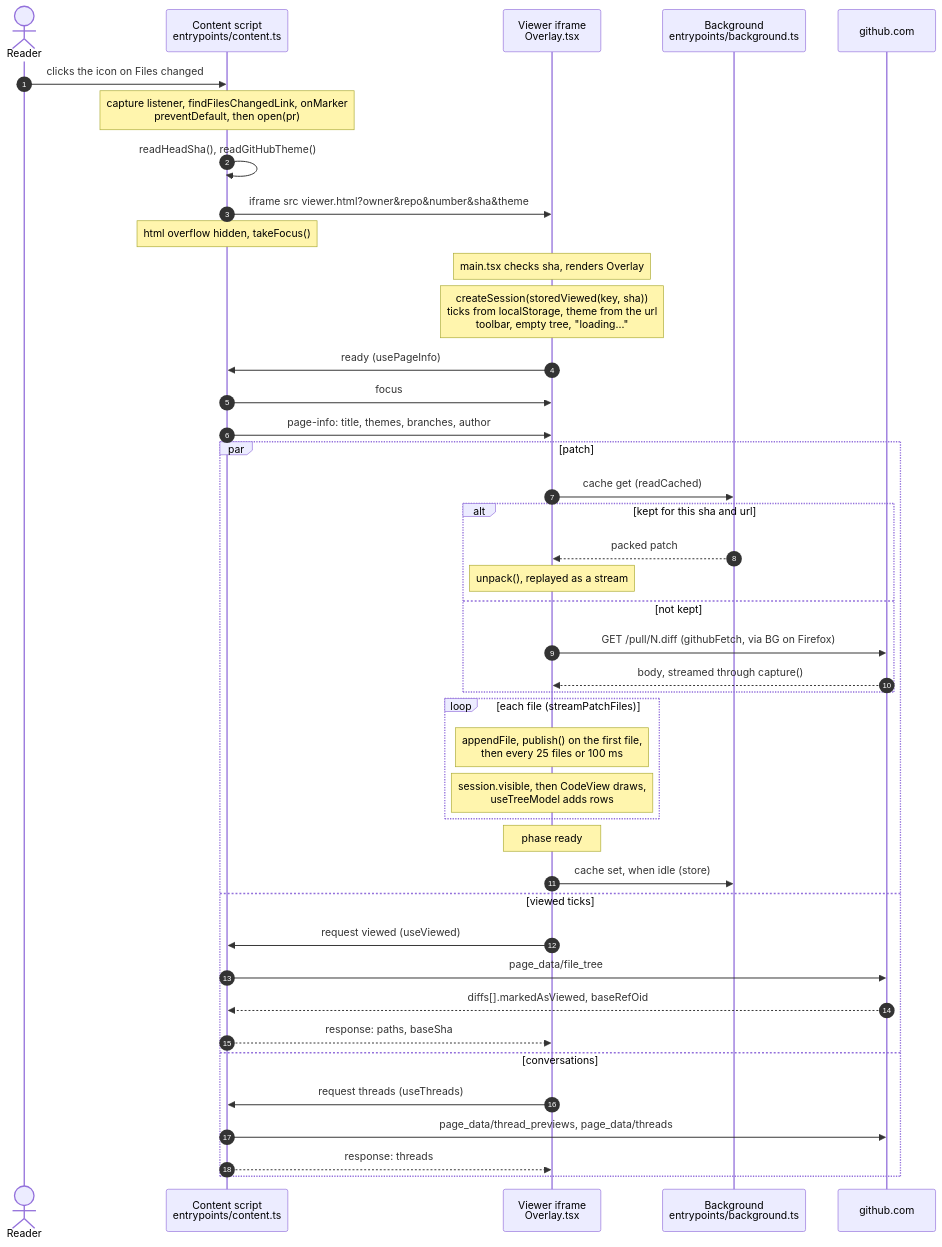
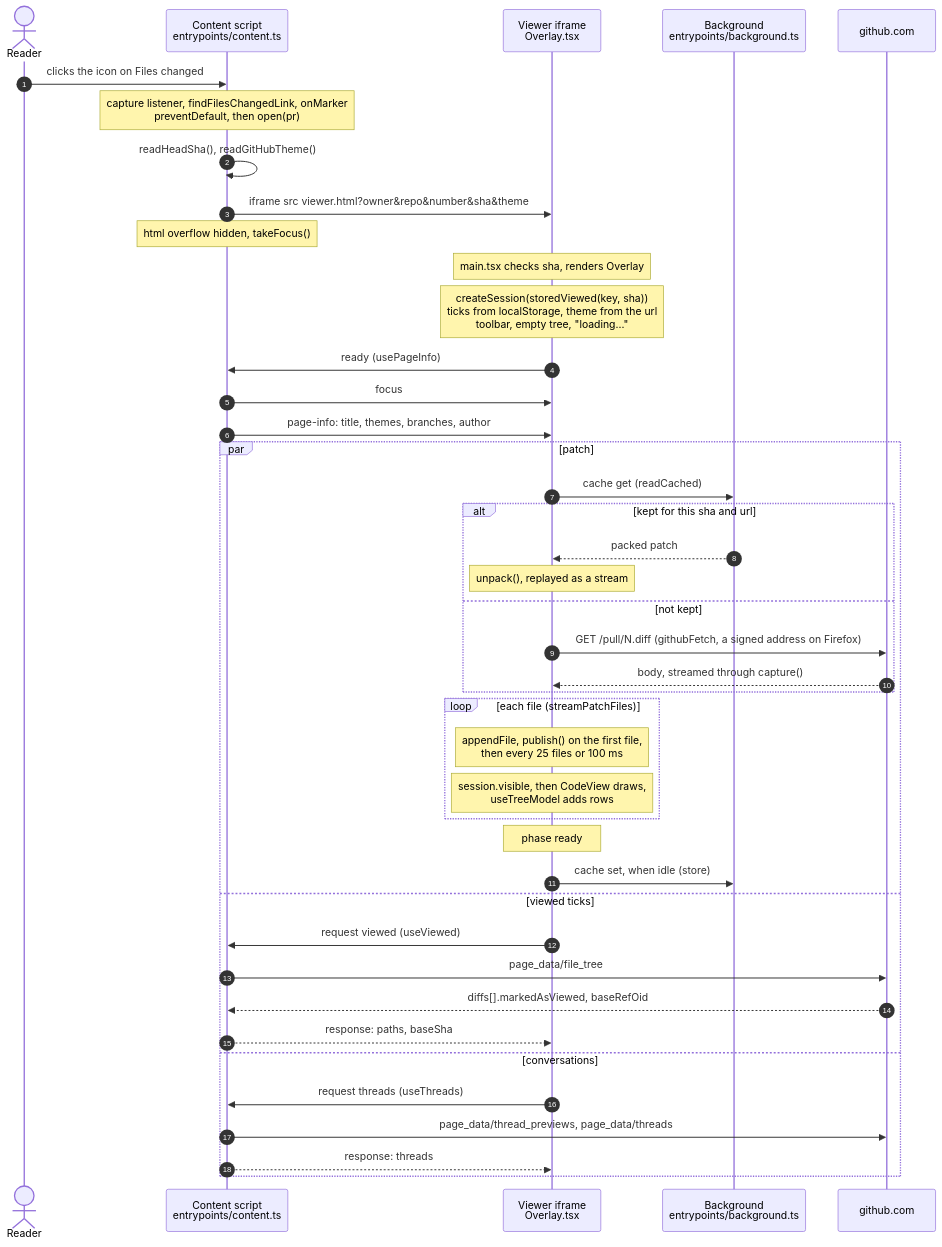
The first of 2 diagrams in docs/lifecycle.md (jantimon/diffshub-for-github), drawn with Mermaid before and after one commit. The commit also changed 16 other files, not shown here.

````diff
--- a/docs/lifecycle.md
+++ b/docs/lifecycle.md
@@ -9,48 +9,48 @@
 ```mermaid
 sequenceDiagram
     autonumber
     actor Reader
     participant CS as Content script<br/>entrypoints/content.ts
     participant V as Viewer iframe<br/>Overlay.tsx
     participant BG as Background<br/>entrypoints/background.ts
     participant GH as github.com
 
     Reader->>CS: clicks the icon on Files changed
     Note over CS: capture listener, findFilesChangedLink, onMarker<br/>preventDefault, then open(pr)
     CS->>CS: readHeadSha(), readGitHubTheme()
     CS->>V: iframe src viewer.html?owner&repo&number&sha&theme
     Note over CS: html overflow hidden, takeFocus()
 
     Note over V: main.tsx checks sha, renders Overlay
     Note over V: createSession(storedViewed(key, sha))<br/>ticks from localStorage, theme from the url<br/>toolbar, empty tree, "loading…"
 
     V->>CS: ready (usePageInfo)
     CS->>V: focus
     CS->>V: page-info: title, themes, branches, author
 
     par patch
         V->>BG: cache get (readCached)
         alt kept for this sha and url
             BG-->>V: packed patch
             Note over V: unpack(), replayed as a stream
         else not kept
-            V->>GH: GET /pull/N.diff (githubFetch, via BG on Firefox)
+            V->>GH: GET /pull/N.diff (githubFetch, a signed address on Firefox)
             GH-->>V: body, streamed through capture()
         end
         loop each file (streamPatchFiles)
             Note over V: appendFile, publish() on the first file,<br/>then every 25 files or 100 ms
             Note over V: session.visible, then CodeView draws,<br/>useTreeModel adds rows
         end
         Note over V: phase ready
         V->>BG: cache set, when idle (store)
     and viewed ticks
         V->>CS: request viewed (useViewed)
         CS->>GH: page_data/file_tree
         GH-->>CS: diffs[].markedAsViewed, baseRefOid
         CS-->>V: response: paths, baseSha
     and conversations
         V->>CS: request threads (useThreads)
         CS->>GH: page_data/thread_previews, page_data/threads
         CS-->>V: response: threads
     end
 ```
````
